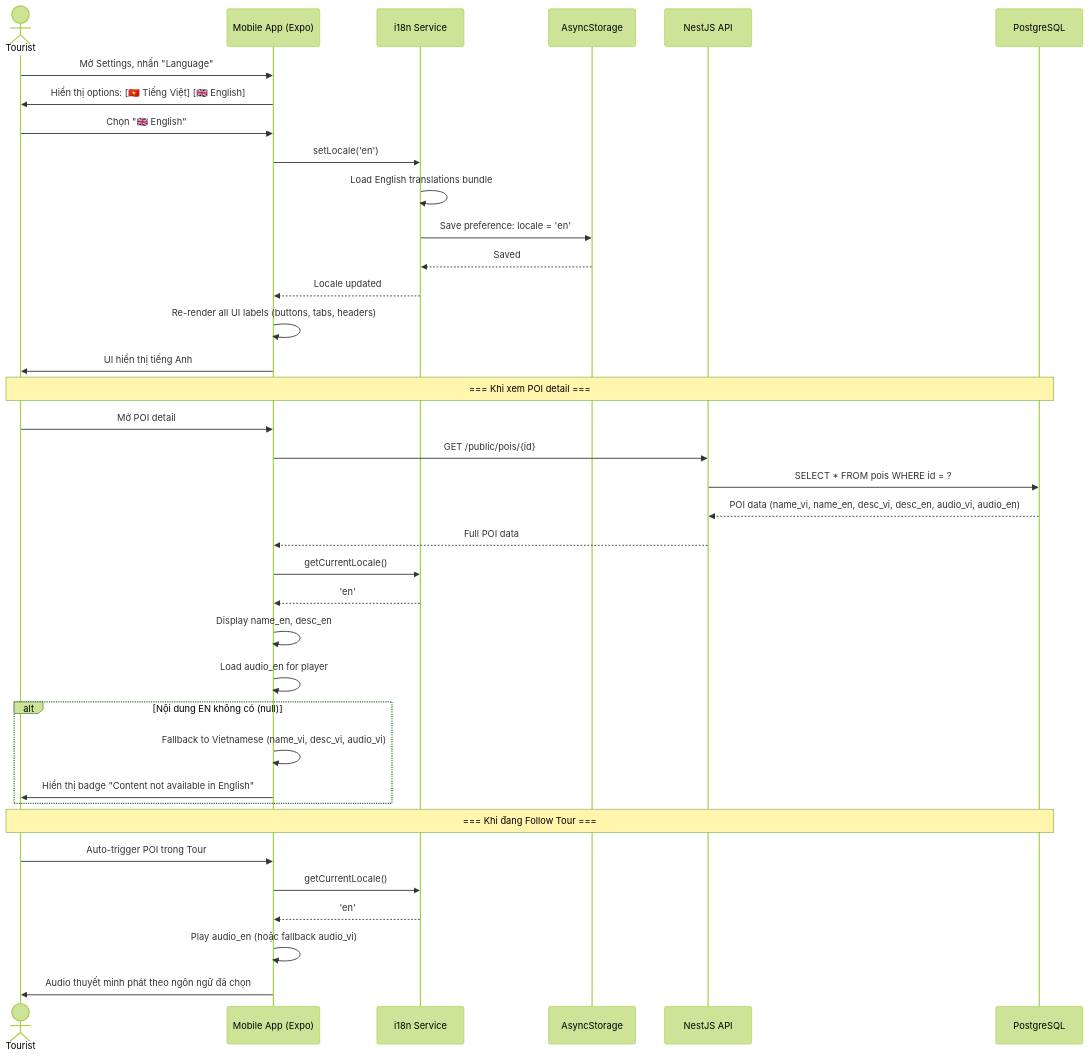
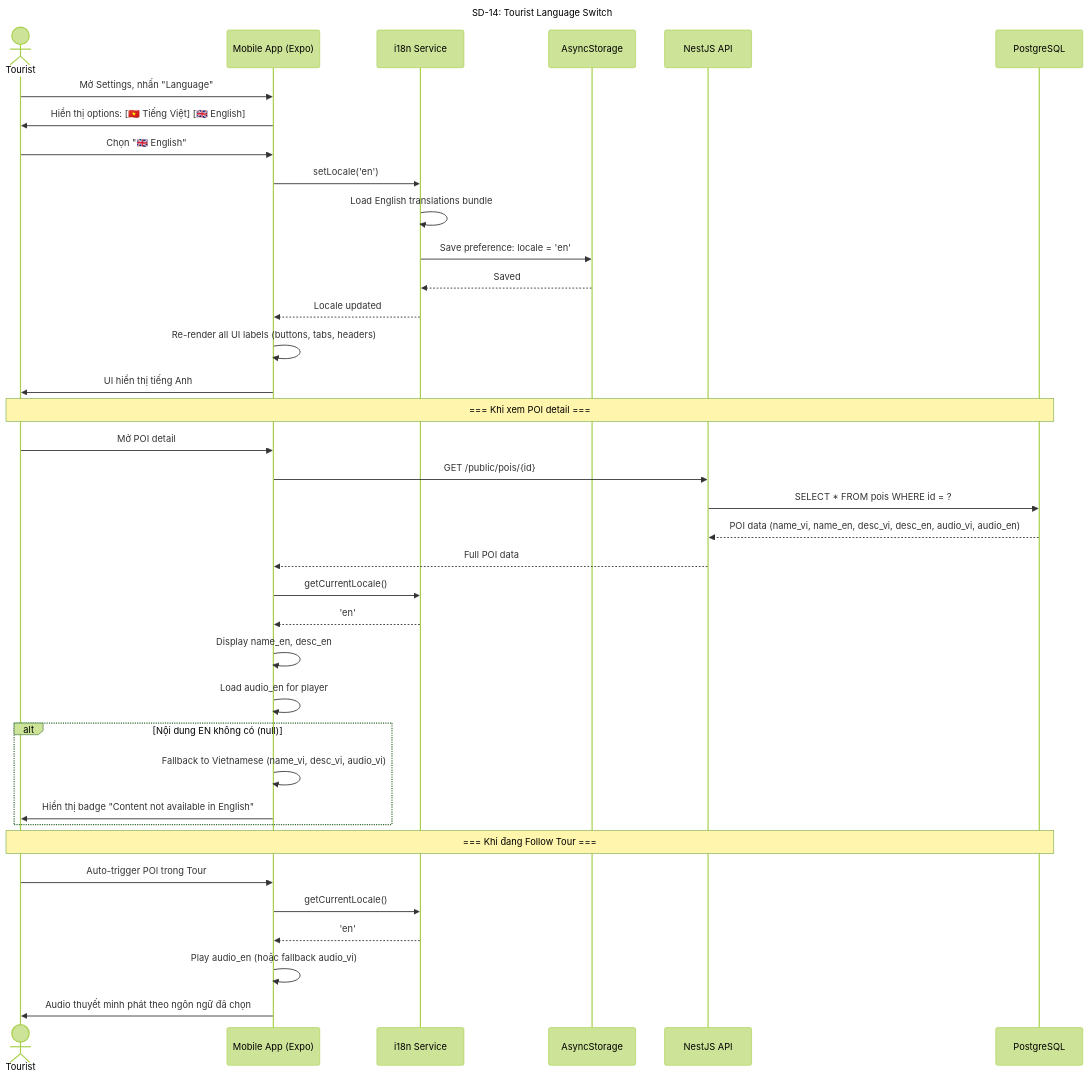
Before and after one commit to Ttuandatt/Seminar: diagram 14 of 17 in docs/step3_prd/15_sequence_diagrams.md, drawn with Mermaid (forest theme). The commit also changed other lines of this file, not shown here.

Commit message:
docs(sequence): add title labels to all 17 mermaid sequence diagrams for draw.io identification

````diff
--- a/docs/step3_prd/15_sequence_diagrams.md
+++ b/docs/step3_prd/15_sequence_diagrams.md
@@ -671,47 +684,48 @@
 ```mermaid
 sequenceDiagram
+    title SD-14: Tourist Language Switch
     actor Tourist
     participant App as Mobile App (Expo)
     participant i18n as i18n Service
     participant Storage as AsyncStorage
     participant API as NestJS API
     participant DB as PostgreSQL
 
     Tourist->>App: Mở Settings, nhấn "Language"
     App->>Tourist: Hiển thị options: [🇻🇳 Tiếng Việt] [🇬🇧 English]
     Tourist->>App: Chọn "🇬🇧 English"
     
     App->>i18n: setLocale('en')
     i18n->>i18n: Load English translations bundle
     i18n->>Storage: Save preference: locale = 'en'
     Storage-->>i18n: Saved
     
     i18n-->>App: Locale updated
     App->>App: Re-render all UI labels (buttons, tabs, headers)
     App->>Tourist: UI hiển thị tiếng Anh
 
     Note over Tourist, DB: === Khi xem POI detail ===
     Tourist->>App: Mở POI detail
     App->>API: GET /public/pois/{id}
     API->>DB: SELECT * FROM pois WHERE id = ?
     DB-->>API: POI data (name_vi, name_en, desc_vi, desc_en, audio_vi, audio_en)
     API-->>App: Full POI data
     
     App->>i18n: getCurrentLocale()
     i18n-->>App: 'en'
     
     App->>App: Display name_en, desc_en
     App->>App: Load audio_en for player
 
     alt Nội dung EN không có (null)
         App->>App: Fallback to Vietnamese (name_vi, desc_vi, audio_vi)
         App->>Tourist: Hiển thị badge "Content not available in English"
     end
 
     Note over Tourist, DB: === Khi đang Follow Tour ===
     Tourist->>App: Auto-trigger POI trong Tour
     App->>i18n: getCurrentLocale()
     i18n-->>App: 'en'
     App->>App: Play audio_en (hoặc fallback audio_vi)
     App->>Tourist: Audio thuyết minh phát theo ngôn ngữ đã chọn
 ```
````
